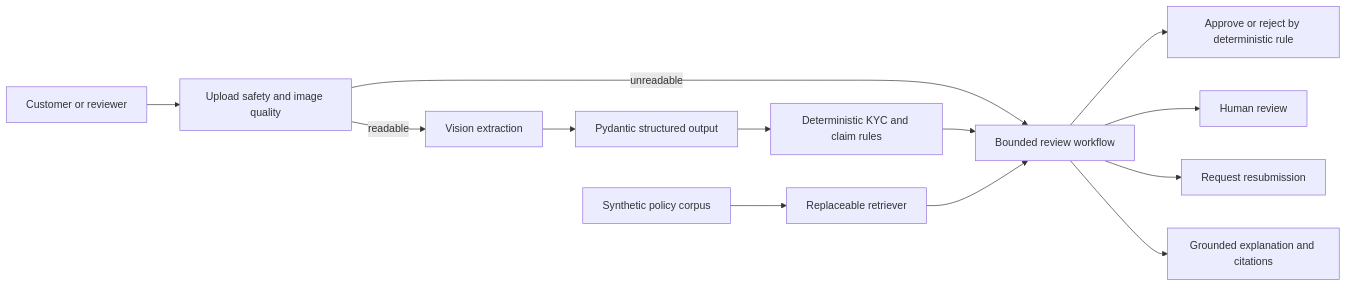
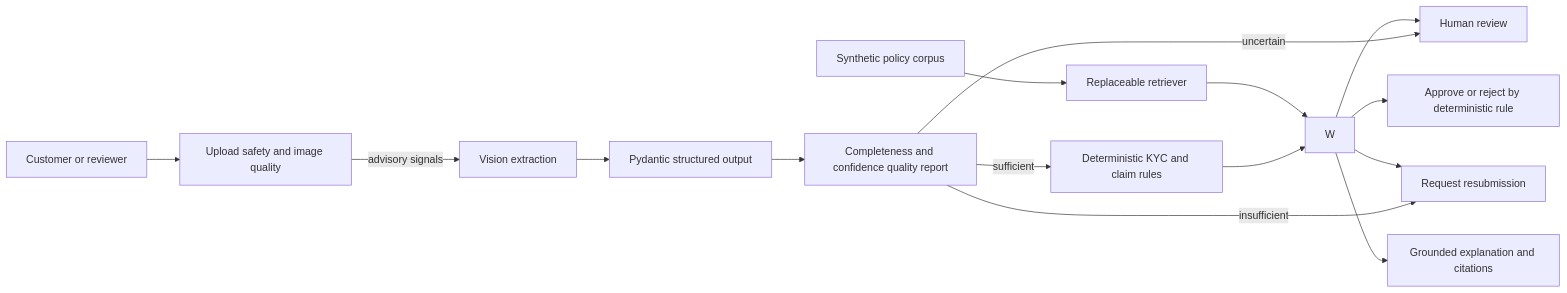
One commit to pholpaphankorn/fin-guardrail-api changed the diagram in README.md. Above: the diagram before and after it, drawn with Mermaid. The commit also changed other lines of this file and 15 other files, not shown here.

````diff
--- a/README.md
+++ b/README.md
@@ -11,15 +11,17 @@
 ```mermaid
 flowchart LR
     U[Customer or reviewer] --> I[Upload safety and image quality]
-    I -->|readable| V[Vision extraction]
-    I -->|unreadable| W[Bounded review workflow]
+    I -->|advisory signals| V[Vision extraction]
     V --> S[Pydantic structured output]
-    S --> D[Deterministic KYC and claim rules]
+    S --> Q[Completeness and confidence quality report]
+    Q -->|sufficient| D[Deterministic KYC and claim rules]
+    Q -->|uncertain| H[Human review]
+    Q -->|insufficient| X[Request resubmission]
     D --> W
     P[Synthetic policy corpus] --> R[Replaceable retriever]
     R --> W
     W --> A[Approve or reject by deterministic rule]
     W --> H[Human review]
     W --> X[Request resubmission]
     W --> E[Grounded explanation and citations]
 ```
````
